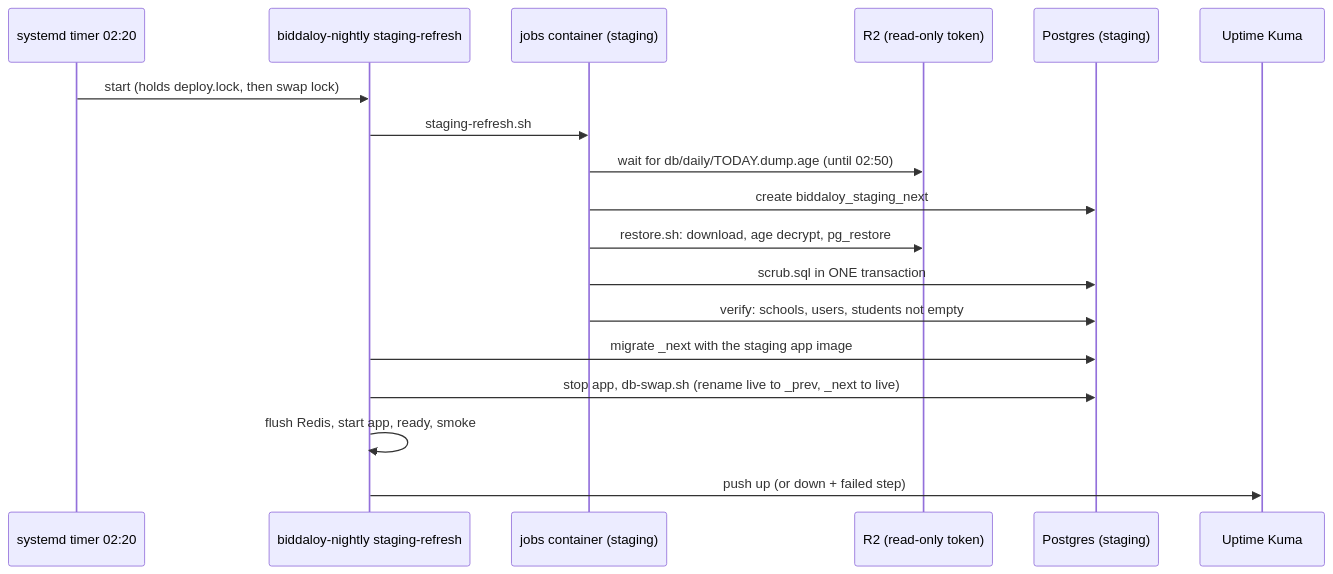
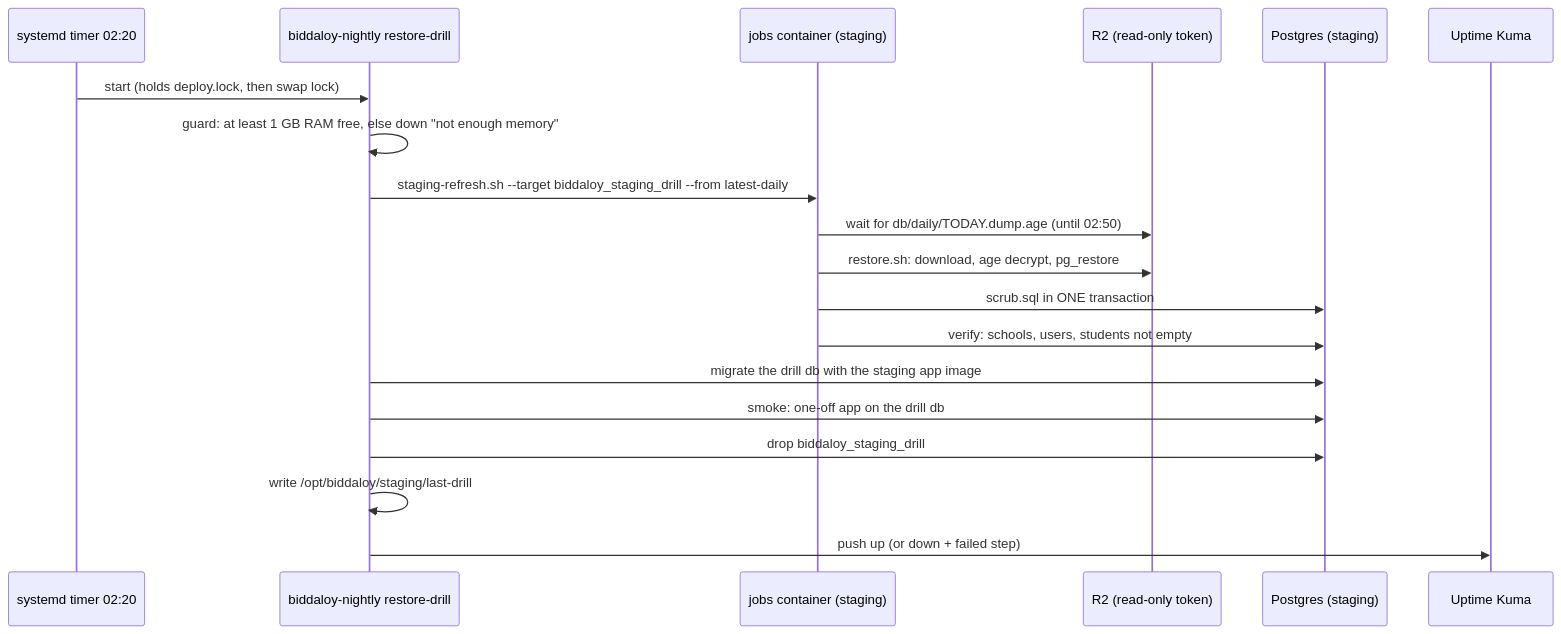
Before and after one commit to tareq89/biddaloy: the third of 6 diagrams in docs/architecture/13-backup-restore.md, drawn with Mermaid. The commit also changed other lines of this file and 8 other files, not shown here.

Commit message:
docs(ops): restore drill is the restore proof, document Kuma alerting (#3257)

````diff
--- a/docs/architecture/13-backup-restore.md
+++ b/docs/architecture/13-backup-restore.md
@@ -112,20 +115,21 @@
 ```mermaid
 sequenceDiagram
   participant T as systemd timer 02:20
-  participant N as biddaloy-nightly staging-refresh
+  participant N as biddaloy-nightly restore-drill
   participant J as jobs container (staging)
   participant R as R2 (read-only token)
   participant P as Postgres (staging)
   participant K as Uptime Kuma
   T->>N: start (holds deploy.lock, then swap lock)
-  N->>J: staging-refresh.sh
+  N->>N: guard: at least 1 GB RAM free, else down "not enough memory"
+  N->>J: staging-refresh.sh --target biddaloy_staging_drill --from latest-daily
   J->>R: wait for db/daily/TODAY.dump.age (until 02:50)
-  J->>P: create biddaloy_staging_next
   J->>R: restore.sh: download, age decrypt, pg_restore
   J->>P: scrub.sql in ONE transaction
   J->>P: verify: schools, users, students not empty
-  N->>P: migrate _next with the staging app image
-  N->>P: stop app, db-swap.sh (rename live to _prev, _next to live)
-  N->>N: flush Redis, start app, ready, smoke
+  N->>P: migrate the drill db with the staging app image
+  N->>P: smoke: one-off app on the drill db
+  N->>P: drop biddaloy_staging_drill
+  N->>N: write /opt/biddaloy/staging/last-drill
   N->>K: push up (or down + failed step)
 ```
````
